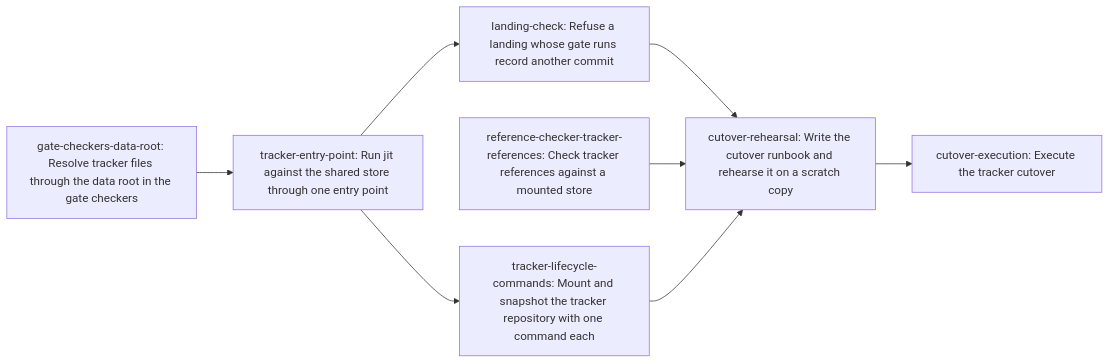
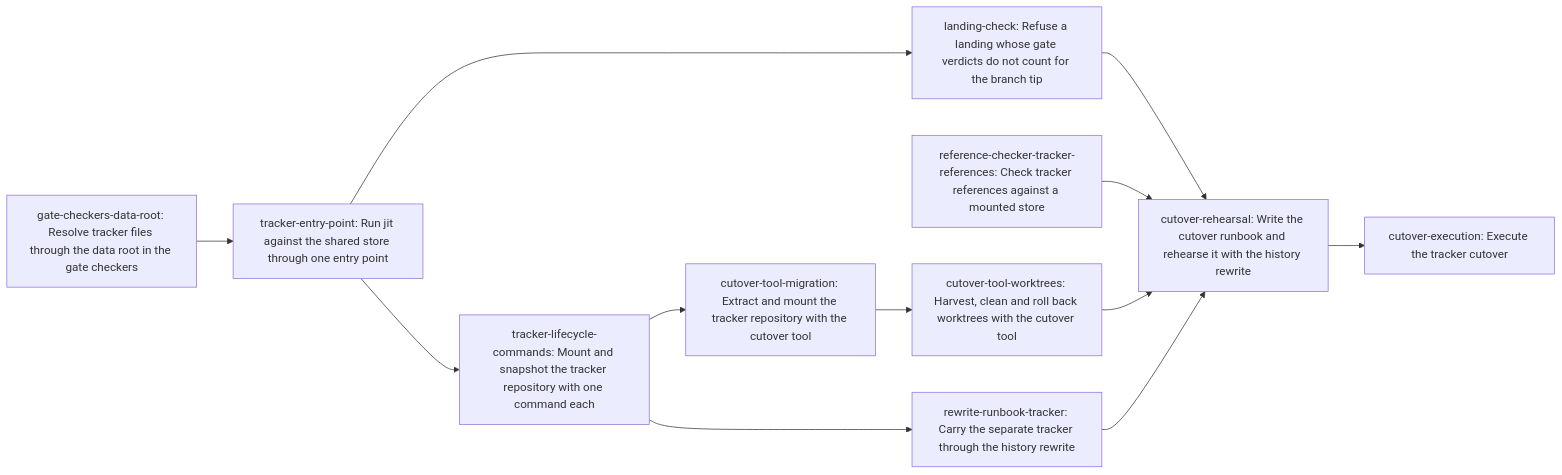
Before and after one commit to erankavija/gf2: the diagram in dev/active/6ba9be17-tracker-repository/plan.md, drawn with Mermaid. The commit also changed other lines of this file and 2 other files, not shown here.

First line of the commit message:
docs(jit:6ba9be17): rework the cutover plan after third review

````diff
--- a/dev/active/6ba9be17-tracker-repository/plan.md
+++ b/dev/active/6ba9be17-tracker-repository/plan.md
@@ -127,17 +157,24 @@
 ```mermaid
 flowchart LR
     N0["gate-checkers-data-root: Resolve tracker files through the data root in the gate checkers"]
     N1["tracker-entry-point: Run jit against the shared store through one entry point"]
-    N2["landing-check: Refuse a landing whose gate runs record another commit"]
+    N2["landing-check: Refuse a landing whose gate verdicts do not count for the branch tip"]
     N3["reference-checker-tracker-references: Check tracker references against a mounted store"]
     N4["tracker-lifecycle-commands: Mount and snapshot the tracker repository with one command each"]
-    N5["cutover-rehearsal: Write the cutover runbook and rehearse it on a scratch copy"]
-    N6["cutover-execution: Execute the tracker cutover"]
+    N5["cutover-tool-migration: Extract and mount the tracker repository with the cutover tool"]
+    N6["cutover-tool-worktrees: Harvest, clean and roll back worktrees with the cutover tool"]
+    N7["rewrite-runbook-tracker: Carry the separate tracker through the history rewrite"]
+    N8["cutover-rehearsal: Write the cutover runbook and rehearse it with the history rewrite"]
+    N9["cutover-execution: Execute the tracker cutover"]
     N0 --> N1
     N1 --> N2
     N1 --> N4
-    N2 --> N5
-    N3 --> N5
     N4 --> N5
     N5 --> N6
+    N4 --> N7
+    N2 --> N8
+    N3 --> N8
+    N6 --> N8
+    N7 --> N8
+    N8 --> N9
 ```
````
